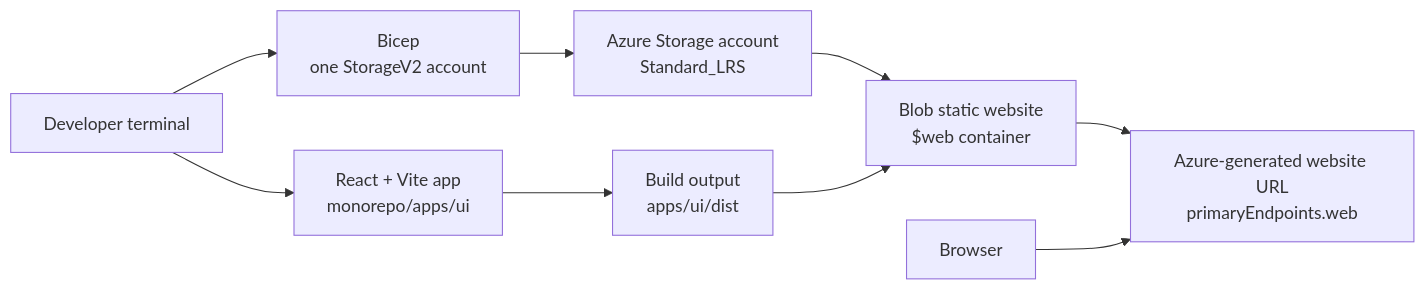
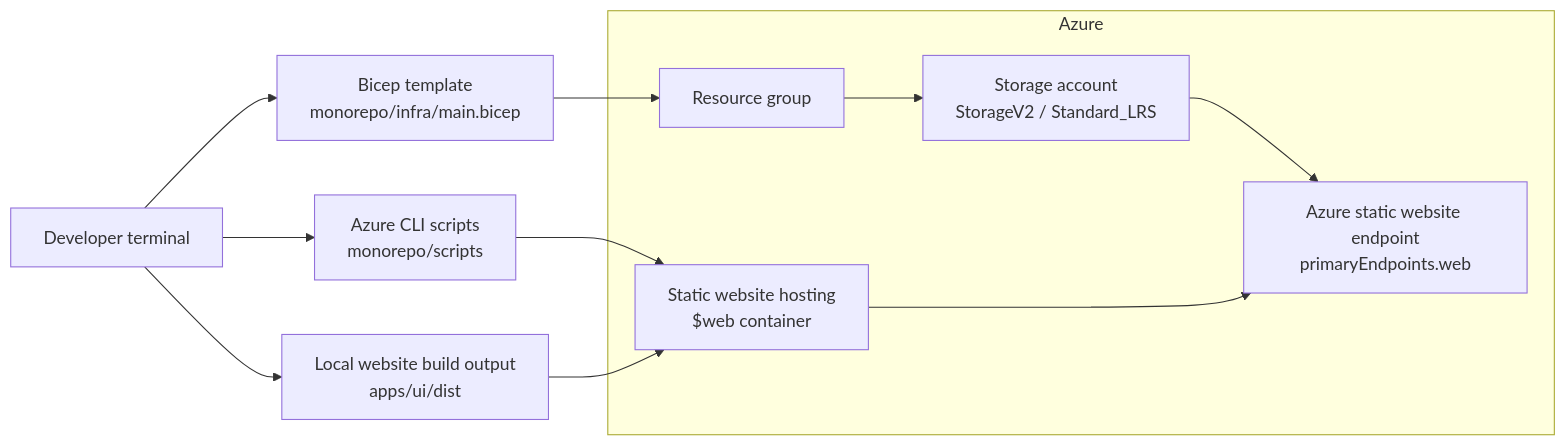
Before and after one commit to RichardBrayCourses/azure02-deploy-website-to-azure: the diagram in README.md, drawn with Mermaid. The commit also changed other lines of this file, not shown here.

````diff
--- a/README.md
+++ b/README.md
@@ -13,20 +18,24 @@
 ```mermaid
 flowchart LR
-  terminal[Developer terminal]
-  ui[React + Vite app<br/>monorepo/apps/ui]
-  dist[Build output<br/>apps/ui/dist]
-  bicep[Bicep<br/>one StorageV2 account]
-  storage[Azure Storage account<br/>Standard_LRS]
-  web[Blob static website<br/>$web container]
-  endpoint[Azure-generated website URL<br/>primaryEndpoints.web]
-  browser[Browser]
+  developer[Developer terminal]
+  build[Local website build output<br/>apps/ui/dist]
+  bicep[Bicep template<br/>monorepo/infra/main.bicep]
+  scripts[Azure CLI scripts<br/>monorepo/scripts]
 
-  terminal --> ui
-  terminal --> bicep
-  ui --> dist
-  bicep --> storage
-  storage --> web
-  dist --> web
+  subgraph Azure
+    rg[Resource group]
+    storage[Storage account<br/>StorageV2 / Standard_LRS]
+    web[Static website hosting<br/>$web container]
+    endpoint[Azure static website endpoint<br/>primaryEndpoints.web]
+  end
+
+  developer --> bicep
+  developer --> scripts
+  developer --> build
+  bicep --> rg
+  rg --> storage
+  scripts --> web
+  build --> web
+  storage --> endpoint
   web --> endpoint
-  browser --> endpoint
 ```
````
